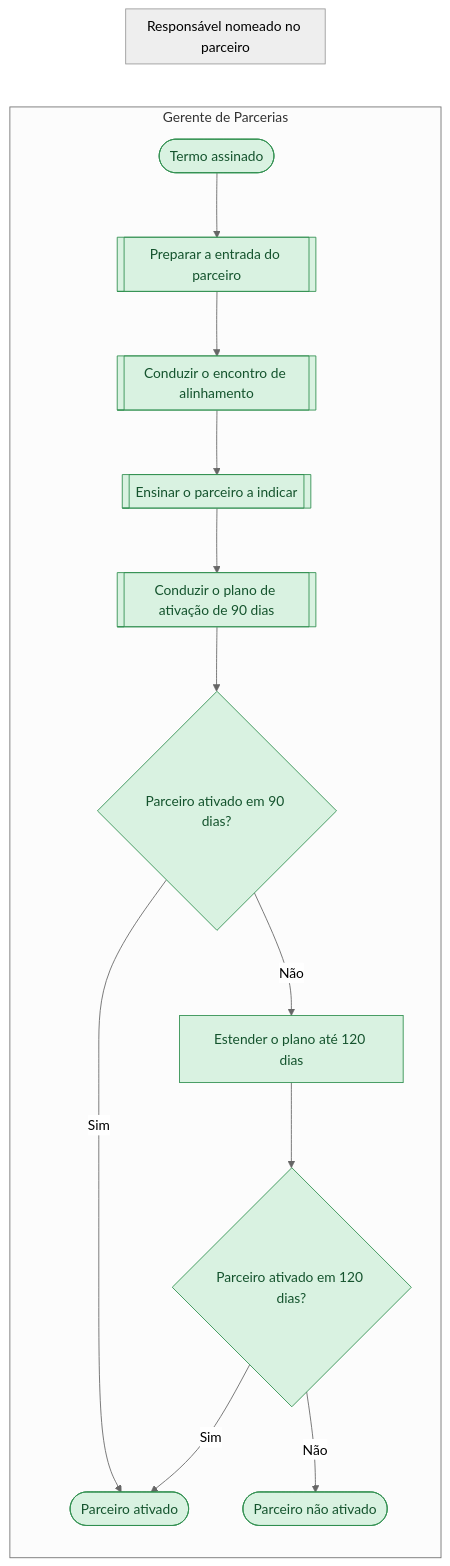
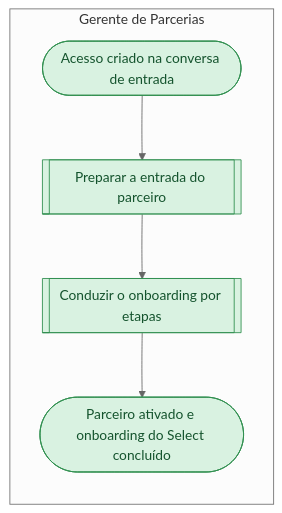
Before and after one commit to Guilherme-MFaccin/Wise-Partners: the diagram in mapeamentos/wise-partners-to-be/saidas/mermaid/fluxo-5-integrar-e-ativar-parceiro.mmd, drawn with Mermaid (neutral theme). The commit also changed 89 other files, not shown here.

```diff
--- a/mapeamentos/wise-partners-to-be/saidas/mermaid/fluxo-5-integrar-e-ativar-parceiro.mmd
+++ b/mapeamentos/wise-partners-to-be/saidas/mermaid/fluxo-5-integrar-e-ativar-parceiro.mmd
@@ -1,29 +1,14 @@
 flowchart LR
     classDef confirmado fill:#D9F2E1,stroke:#2F8F4E,color:#14532D
     classDef declarado fill:#FFF3C4,stroke:#B8860B,color:#5C4300
     classDef hipotese fill:#FFFFFF,stroke:#8A9099,color:#3F4650,stroke-dasharray: 5 5
     classDef contestado fill:#FDE2E1,stroke:#C53030,color:#7F1D1D
     subgraph raia_PA_01 ["Gerente de Parcerias"]
-      n_i1(["Termo assinado"]):::confirmado
+      n_i1(["Acesso criado na conversa de entrada"]):::confirmado
       n_s1[["Preparar a entrada do parceiro"]]:::confirmado
-      n_s2[["Conduzir o encontro de alinhamento"]]:::confirmado
-      n_s3[["Ensinar o parceiro a indicar"]]:::confirmado
-      n_s4[["Conduzir o plano de ativação de 90 dias"]]:::confirmado
-      n_g1{"Parceiro ativado em 90 dias?"}:::confirmado
-      n_t1["Estender o plano até 120 dias"]:::confirmado
-      n_g2{"Parceiro ativado em 120 dias?"}:::confirmado
-      n_f1(["Parceiro ativado"]):::confirmado
-      n_f2(["Parceiro não ativado"]):::confirmado
-    end
-    subgraph raia_PA_05 ["Responsável nomeado no parceiro"]
+      n_s2[["Conduzir o onboarding por etapas"]]:::confirmado
+      n_f1(["Parceiro ativado e onboarding do Select concluído"]):::confirmado
     end
     n_i1 --> n_s1
     n_s1 --> n_s2
-    n_s2 --> n_s3
-    n_g1 -->|Sim| n_f1
-    n_g1 -->|Não| n_t1
-    n_t1 --> n_g2
-    n_g2 -->|Sim| n_f1
-    n_g2 -->|Não| n_f2
-    n_s3 --> n_s4
-    n_s4 --> n_g1
+    n_s2 --> n_f1
```
